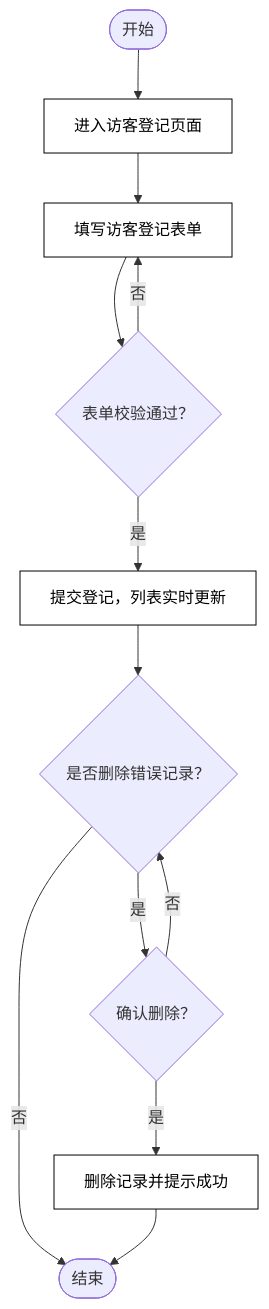
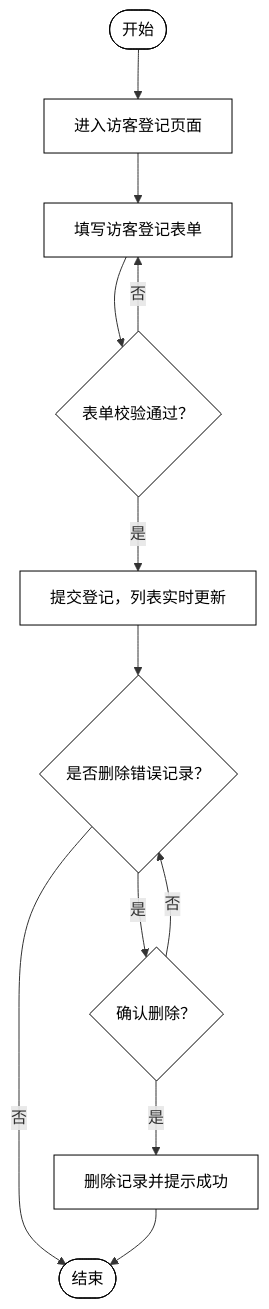
Diagram 13 of 24 in docs/功能需求分析与用例图.md (carl-Tu/campus-management), drawn with Mermaid before and after one commit. The commit also changed other lines of this file, not shown here.

Commit message:
fix：图形统一白色背景黑色边框，样式覆盖全部节点

````diff
--- a/docs/功能需求分析与用例图.md
+++ b/docs/功能需求分析与用例图.md
@@ -478,17 +481,17 @@
 ```mermaid
 flowchart TD
   A(["开始"]) --> B["进入访客登记页面"]
   B --> C["填写访客登记表单"]
   C --> D{"表单校验通过？"}
   D -- 否 --> C
   D -- 是 --> E["提交登记，列表实时更新"]
   E --> F{"是否删除错误记录？"}
   F -- 否 --> G(["结束"])
   F -- 是 --> H{"确认删除？"}
   H -- 否 --> F
   H -- 是 --> I["删除记录并提示成功"]
   I --> G
 
-  classDef box fill:none,stroke:#000000,stroke-width:1px,color:#000000
-  class B,C,E,I box
+  classDef box fill:#ffffff,stroke:#000000,stroke-width:1px,color:#000000
+  class A,B,C,D,E,F,G,H,I box
 ```
````
